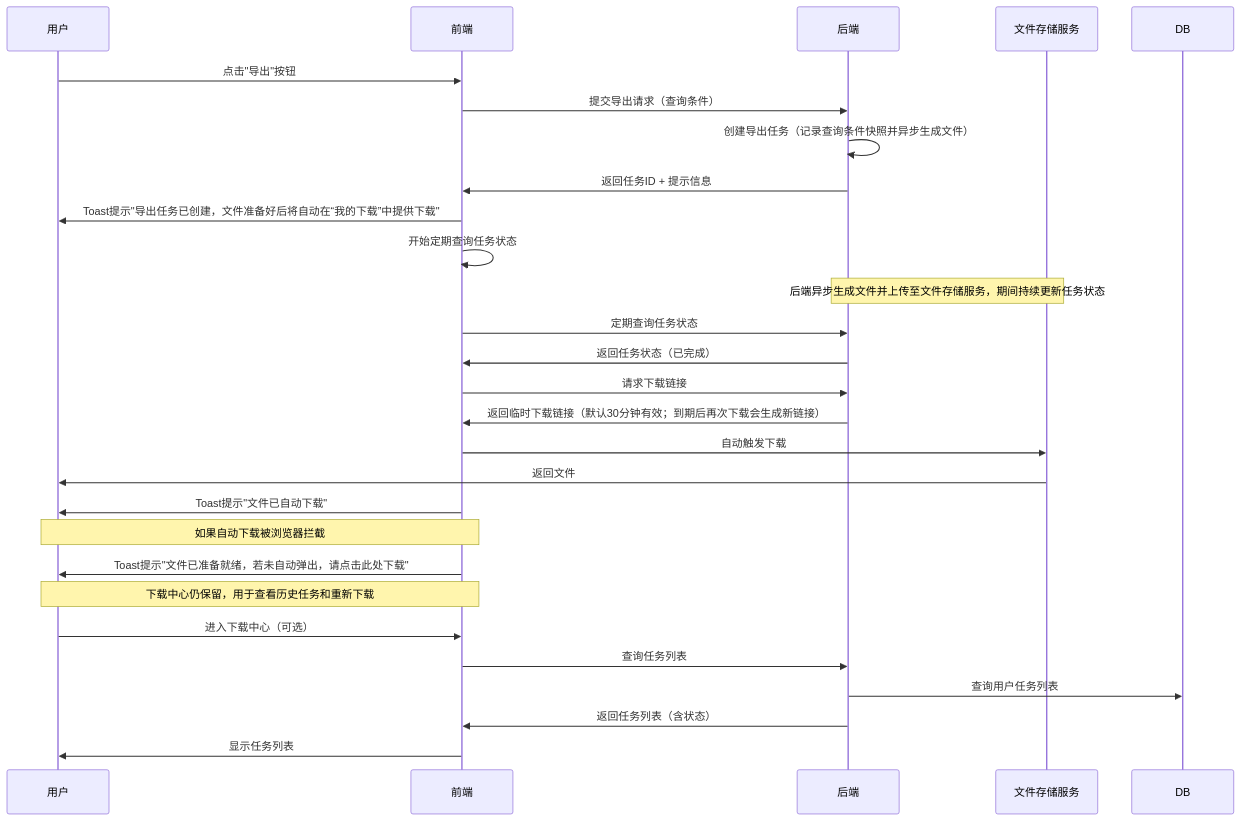
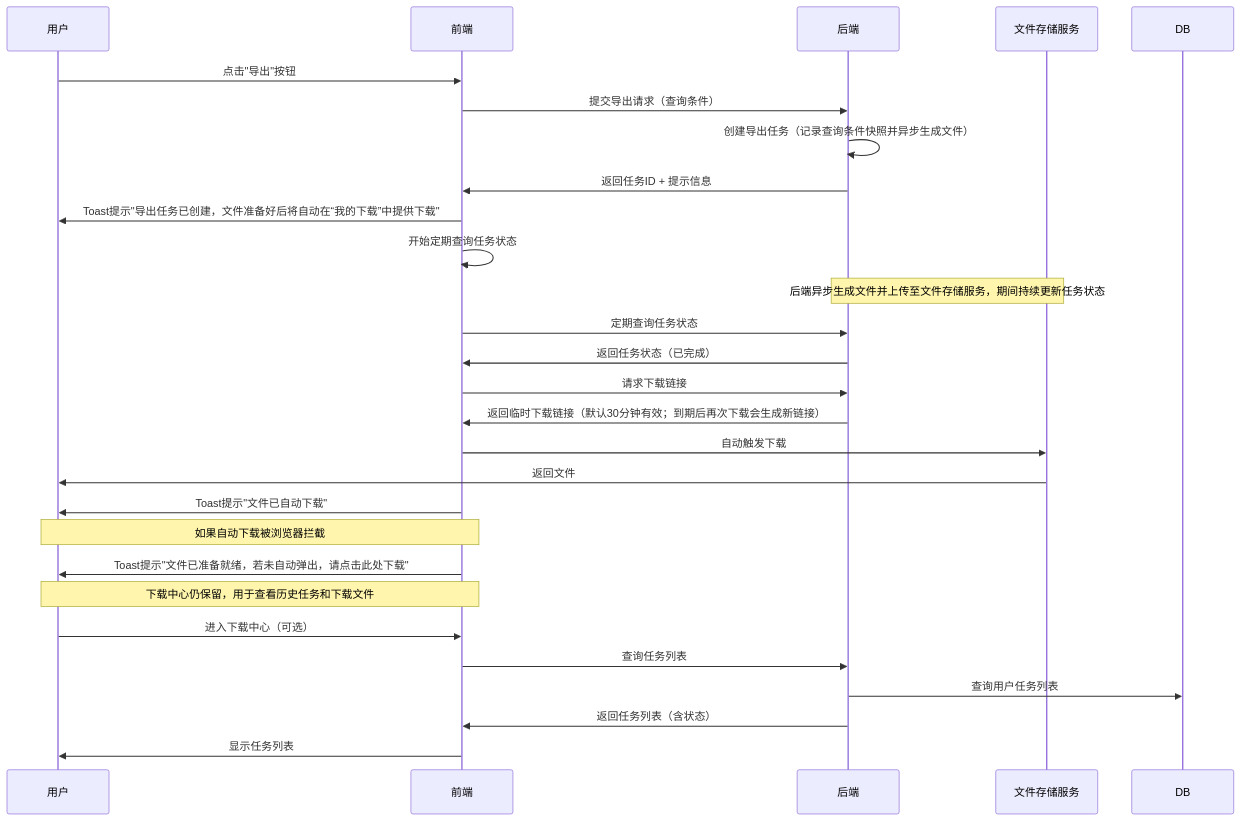
One commit to bdgoodbr/xuyou changed the first of 2 diagrams in Desktop/HTM/中远海/00-HTM功能汇总/11-其他.md. Above: the diagram before and after it, drawn with Mermaid. The commit also changed other lines of this file, not shown here.

````diff
--- a/Desktop/HTM/中远海/00-HTM功能汇总/11-其他.md
+++ b/Desktop/HTM/中远海/00-HTM功能汇总/11-其他.md
@@ -33,34 +33,34 @@
 ```mermaid
 sequenceDiagram
     participant User as 用户
     participant Frontend as 前端
     participant API as 后端
     participant Storage as 文件存储服务
 
     User->>Frontend: 点击"导出"按钮
     Frontend->>API: 提交导出请求（查询条件）
     API->>API: 创建导出任务（记录查询条件快照并异步生成文件）
     API->>Frontend: 返回任务ID + 提示信息
     Frontend->>User: Toast提示"导出任务已创建，文件准备好后将自动在“我的下载”中提供下载"
     Frontend->>Frontend: 开始定期查询任务状态
     
     Note over API,Storage: 后端异步生成文件并上传至文件存储服务，期间持续更新任务状态
     
     Frontend->>API: 定期查询任务状态
     API->>Frontend: 返回任务状态（已完成）
     Frontend->>API: 请求下载链接
     API->>Frontend: 返回临时下载链接（默认30分钟有效；到期后再次下载会生成新链接）
     Frontend->>Storage: 自动触发下载
     Storage->>User: 返回文件
     Frontend->>User: Toast提示"文件已自动下载"
     
     Note over Frontend,User: 如果自动下载被浏览器拦截
     Frontend->>User: Toast提示"文件已准备就绪，若未自动弹出，请点击此处下载"
     
-    Note over Frontend,User: 下载中心仍保留，用于查看历史任务和重新下载
+    Note over Frontend,User: 下载中心仍保留，用于查看历史任务和下载文件
     User->>Frontend: 进入下载中心（可选）
     Frontend->>API: 查询任务列表
     API->>DB: 查询用户任务列表
     API->>Frontend: 返回任务列表（含状态）
     Frontend->>User: 显示任务列表
 ```
````
